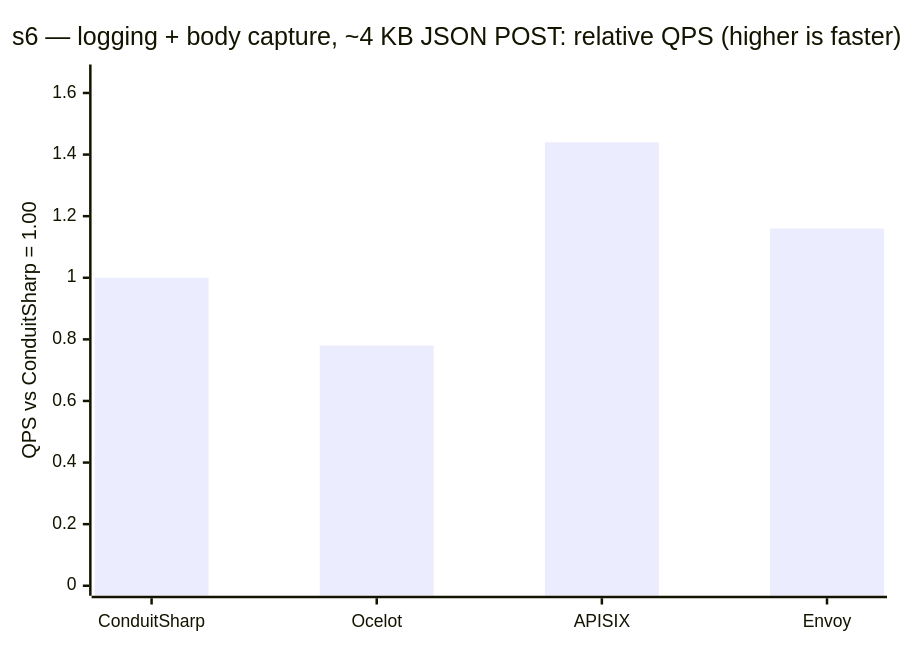
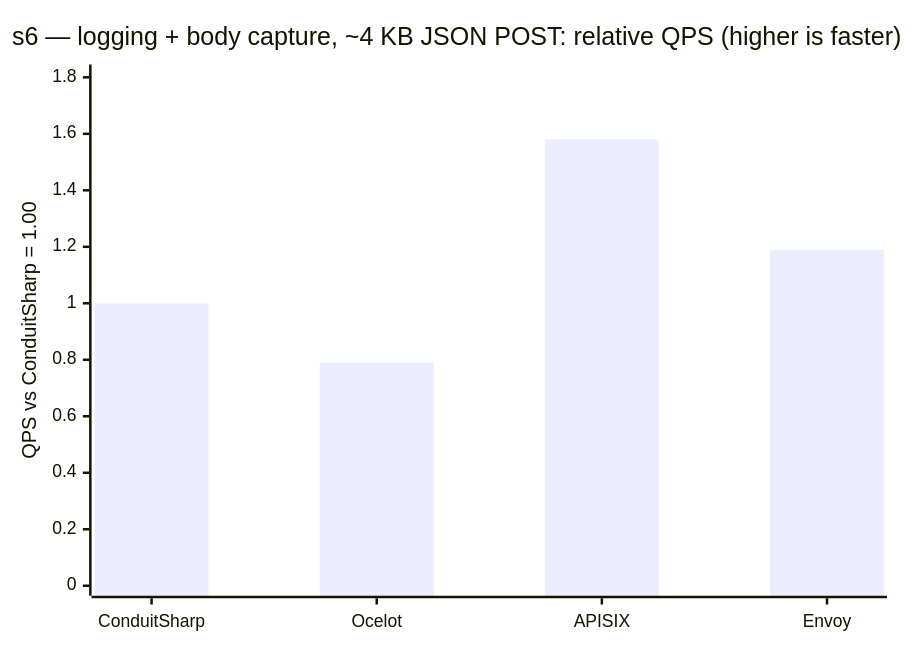
The ninth of 9 diagrams in README.md (liqngliz/ConduitSharp), drawn with Mermaid before and after one commit. The commit also changed other lines of this file and 1 other file, not shown here.

````diff
--- a/README.md
+++ b/README.md
@@ -540,7 +540,7 @@
 ```mermaid
 xychart-beta
     title "s6 — logging + body capture, ~4 KB JSON POST: relative QPS (higher is faster)"
     x-axis ["ConduitSharp", "Ocelot", "APISIX", "Envoy"]
-    y-axis "QPS vs ConduitSharp = 1.00" 0 --> 1.66
-    bar [1.00, 0.78, 1.44, 1.16]
+    y-axis "QPS vs ConduitSharp = 1.00" 0 --> 1.81
+    bar [1.00, 0.79, 1.58, 1.19]
 ```
````
